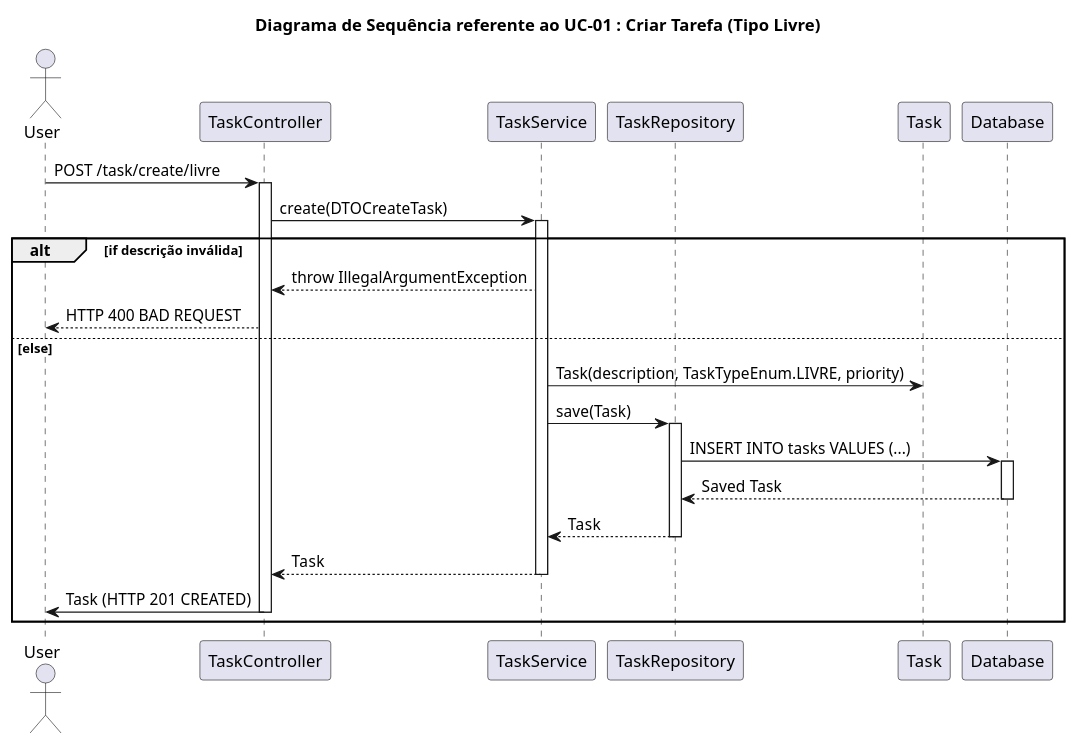
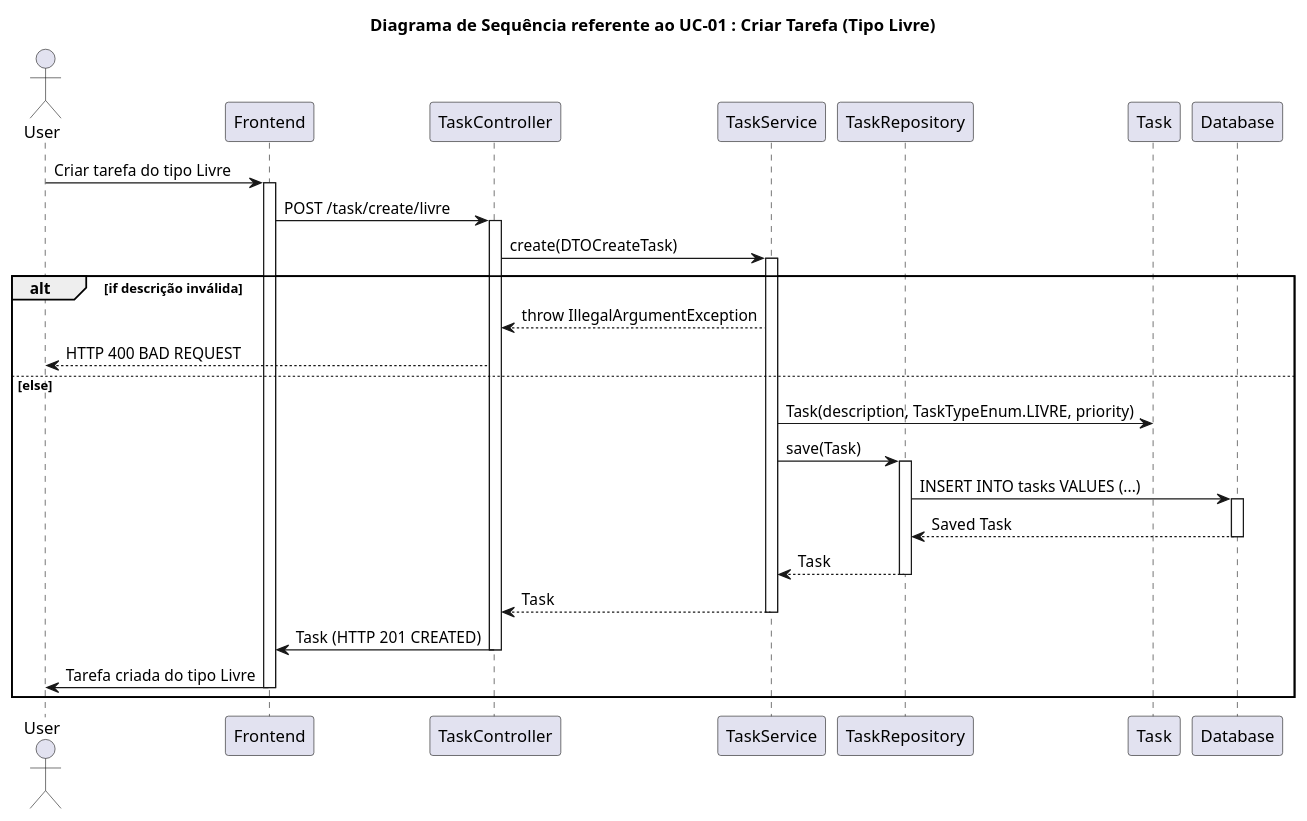
The diagram in docs/diagramas_sequencia/diagramaSequenciaUC01_TaskLivre.puml (henriquedani/ToDoList_LabDesSoft), drawn with PlantUML before and after one commit. The commit also changed 5 other files, not shown here.

Commit message:
Adição front nos diagramas de sequência

```diff
--- a/docs/diagramas_sequencia/diagramaSequenciaUC01_TaskLivre.puml
+++ b/docs/diagramas_sequencia/diagramaSequenciaUC01_TaskLivre.puml
@@ -1,33 +1,38 @@
 @startuml diagramaSequenciaUC01_TaskLivre.puml
 title Diagrama de Sequência referente ao UC-01 : Criar Tarefa (Tipo Livre)
 
 actor User
+participant Frontend
 participant TaskController
 participant TaskService
 participant TaskRepository
 participant Task
 participant Database
 
-User -> TaskController: POST /task/create/livre
+User -> Frontend: Criar tarefa do tipo Livre
+activate Frontend
+Frontend -> TaskController: POST /task/create/livre
 activate TaskController
 TaskController -> TaskService: create(DTOCreateTask)
 activate TaskService
 alt if descrição inválida
     TaskService --> TaskController: throw IllegalArgumentException
     TaskController --> User: HTTP 400 BAD REQUEST
 else else
     TaskService -> Task: Task(description, TaskTypeEnum.LIVRE, priority)
     TaskService -> TaskRepository: save(Task)
     activate TaskRepository
     TaskRepository -> Database: INSERT INTO tasks VALUES (...)
     activate Database
     Database --> TaskRepository: Saved Task
     deactivate Database
     TaskRepository --> TaskService: Task
     deactivate TaskRepository
     TaskService --> TaskController: Task
     deactivate TaskService
-    TaskController -> User: Task (HTTP 201 CREATED)
+    TaskController -> Frontend: Task (HTTP 201 CREATED)
     deactivate TaskController
+    Frontend -> User: Tarefa criada do tipo Livre
+    deactivate Frontend
 end
 @enduml
```
